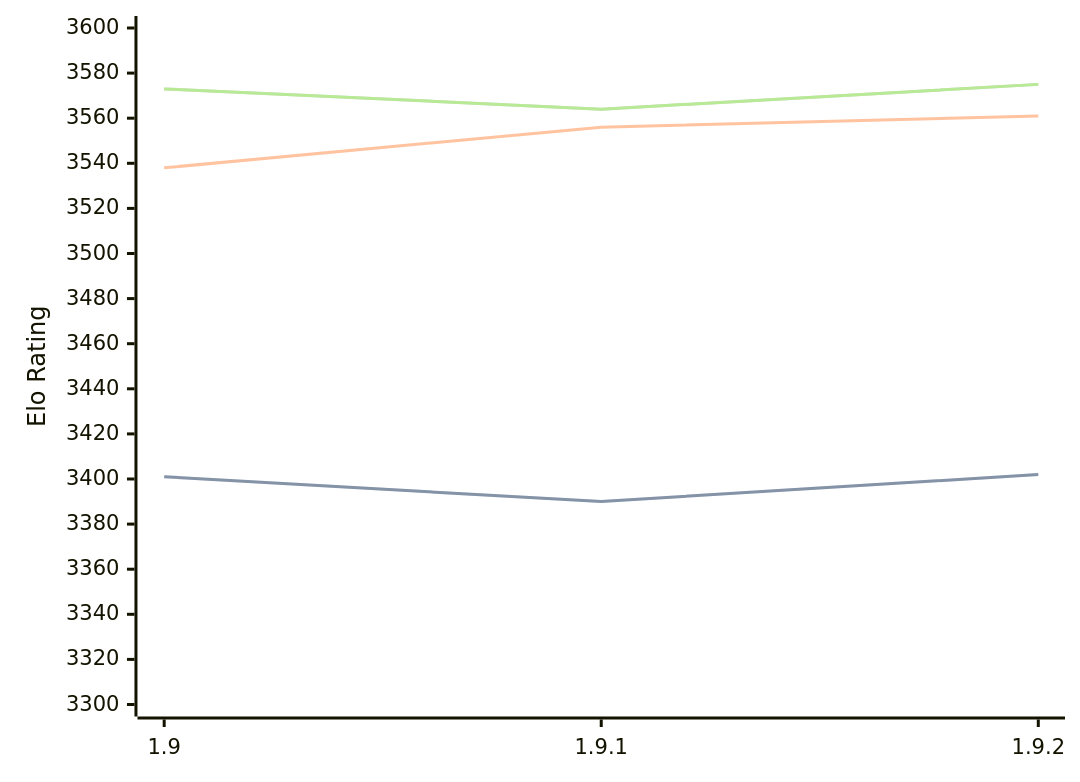
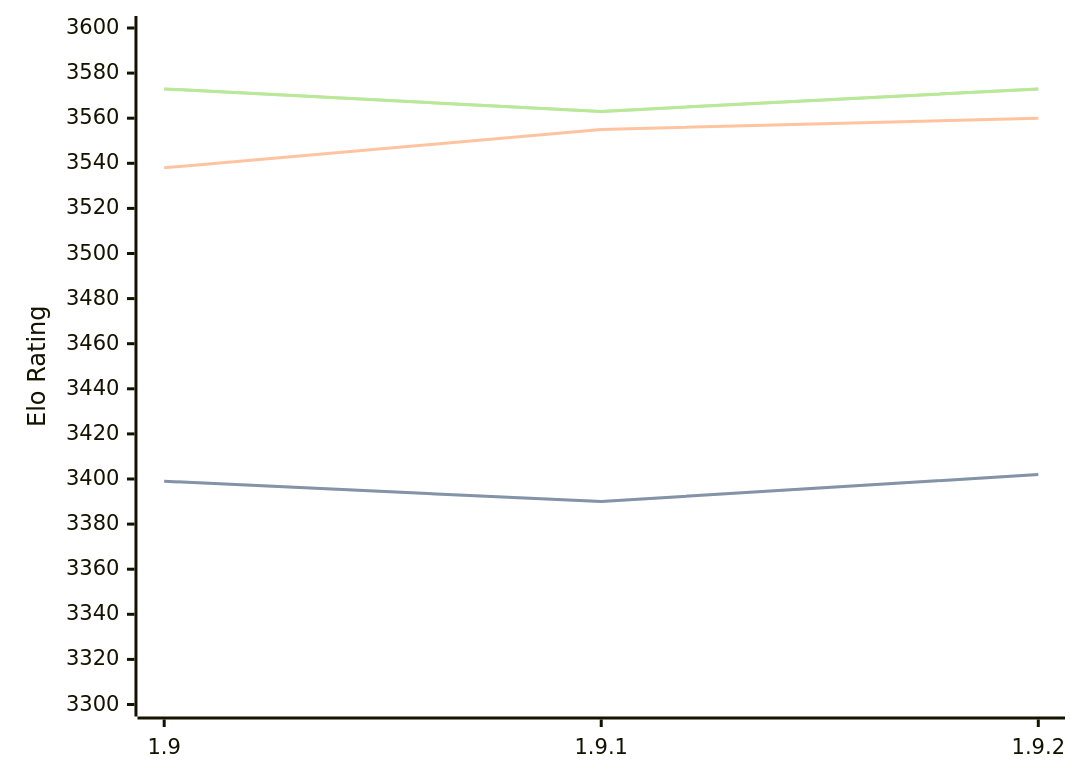
Before and after one commit to computer-chess-index/cci: the diagram in engines/Pawnocchio.md, drawn with Mermaid. The commit also changed other lines of this file, not shown here.

Commit message:
Update CCI Ratings (ELO VLTC) - 2026-03-30

````diff
--- a/engines/Pawnocchio.md
+++ b/engines/Pawnocchio.md
@@ -48,11 +48,11 @@
 ```mermaid
 %%{init: {"theme":"base","themeVariables":{"seriesColors:['#a3a3a3','#222221','#faa371']}}}%%
 xychart-beta
   x-axis ["1.9", "1.9.1", "1.9.2"]
   y-axis "Elo Rating" 3300 --> 3600
-  line "STC (8.0+0.08s)" [3401, 3390, 3402]
-  line "STC (8.0+0.08s)" [3401, 3390, 3402]
-  line "LTC (60.0+0.60s)" [3538, 3556, 3561]
-  line "VLTC (2m24s+1.12s)" [3573, 3564, 3575]
-  line "VLTC (2m24s+1.12s)" [3573, 3564, 3575]
+  line "STC (8.0+0.08s)" [3399, 3390, 3402]
+  line "STC (8.0+0.08s)" [3399, 3390, 3402]
+  line "LTC (60.0+0.60s)" [3538, 3555, 3560]
+  line "VLTC (2m24s+1.12s)" [3573, 3563, 3573]
+  line "VLTC (2m24s+1.12s)" [3573, 3563, 3573]
 ```
````
